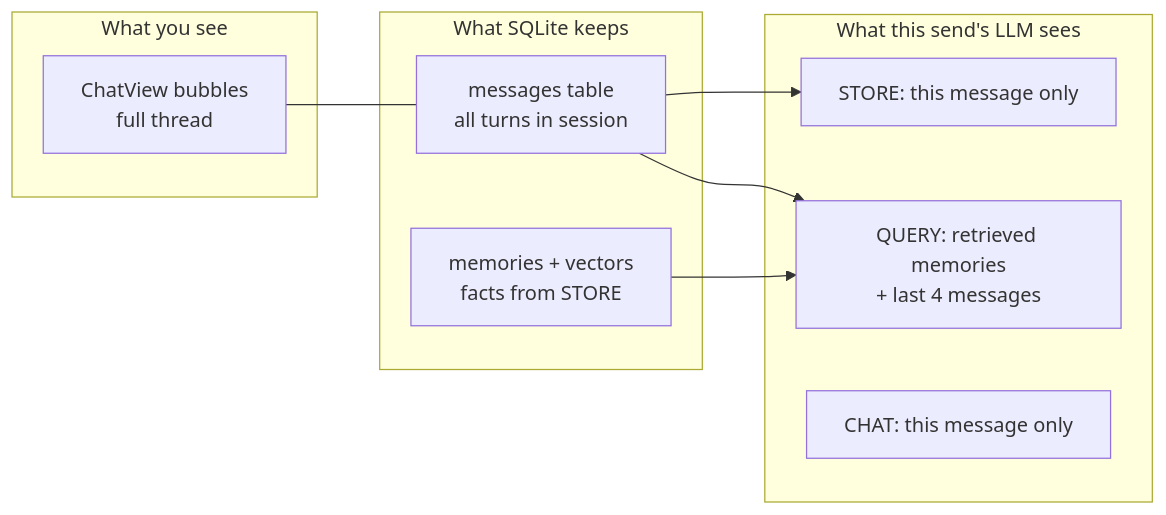
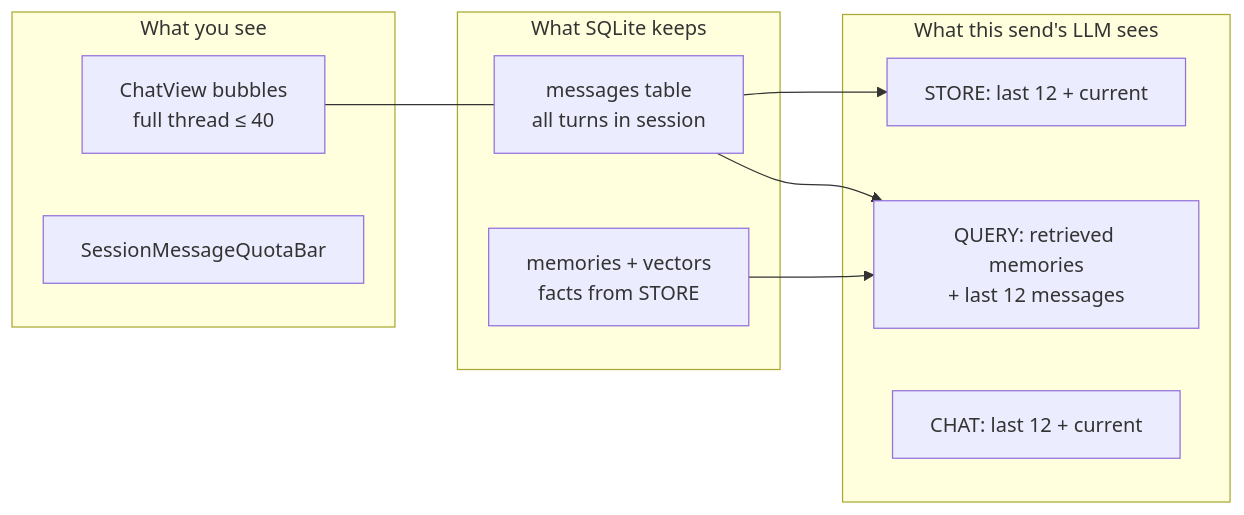
Before and after one commit to Shayokh144/Mind_Mapper: the diagram in docs/learning/chat-session-message-context.md, drawn with Mermaid. The commit also changed other lines of this file and 30 other files, not shown here.

````diff
--- a/docs/learning/chat-session-message-context.md
+++ b/docs/learning/chat-session-message-context.md
@@ -44,19 +48,20 @@
 ```mermaid
 flowchart LR
     subgraph ui [What you see]
-        Bubbles["ChatView bubbles<br/>full thread"]
+        Bubbles["ChatView bubbles<br/>full thread ≤ 40"]
+        Quota["SessionMessageQuotaBar"]
     end
     subgraph db [What SQLite keeps]
         Msgs["messages table<br/>all turns in session"]
         Mems["memories + vectors<br/>facts from STORE"]
     end
     subgraph llm [What this send's LLM sees]
-        Store["STORE: this message only"]
-        Query["QUERY: retrieved memories<br/>+ last 4 messages"]
-        Chat["CHAT: this message only"]
+        Store["STORE: last 12 + current"]
+        Query["QUERY: retrieved memories<br/>+ last 12 messages"]
+        Chat["CHAT: last 12 + current"]
     end
     Bubbles --- Msgs
     Msgs --> Store
     Msgs --> Query
     Mems --> Query
 ```
````
